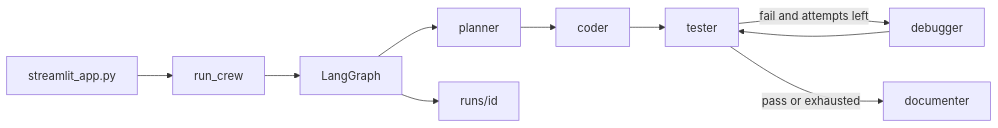
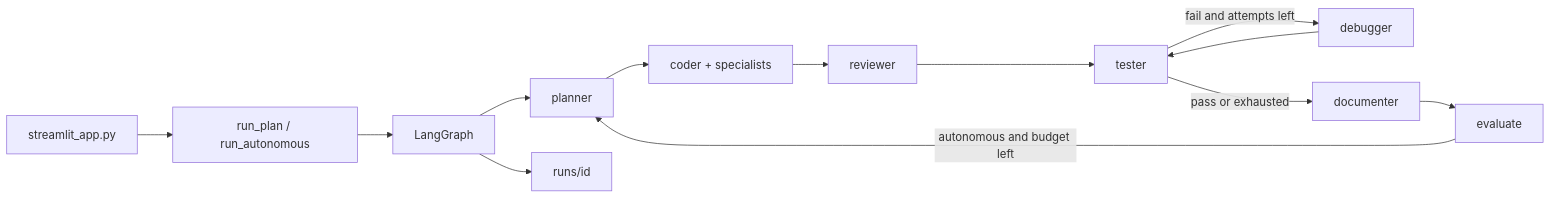
The diagram in README.md (pypi-ahmad/autonomous-coding-agent-crew), drawn with Mermaid before and after one commit. The commit also changed other lines of this file and 2 other files, not shown here.

````diff
--- a/README.md
+++ b/README.md
@@ -62,12 +47,15 @@
 ```mermaid
 flowchart LR
-  UI[streamlit_app.py] --> RC[run_crew]
+  UI[streamlit_app.py] --> RC[run_plan / run_autonomous]
   RC --> G[LangGraph]
   G --> P[planner]
-  P --> C[coder]
-  C --> T[tester]
+  P --> C[coder + specialists]
+  C --> RV[reviewer]
+  RV --> T[tester]
   T -->|fail and attempts left| D[debugger]
   D --> T
   T -->|pass or exhausted| Doc[documenter]
+  Doc --> E[evaluate]
+  E -->|autonomous and budget left| P
   G --> WS["runs/id"]
 ```
````
